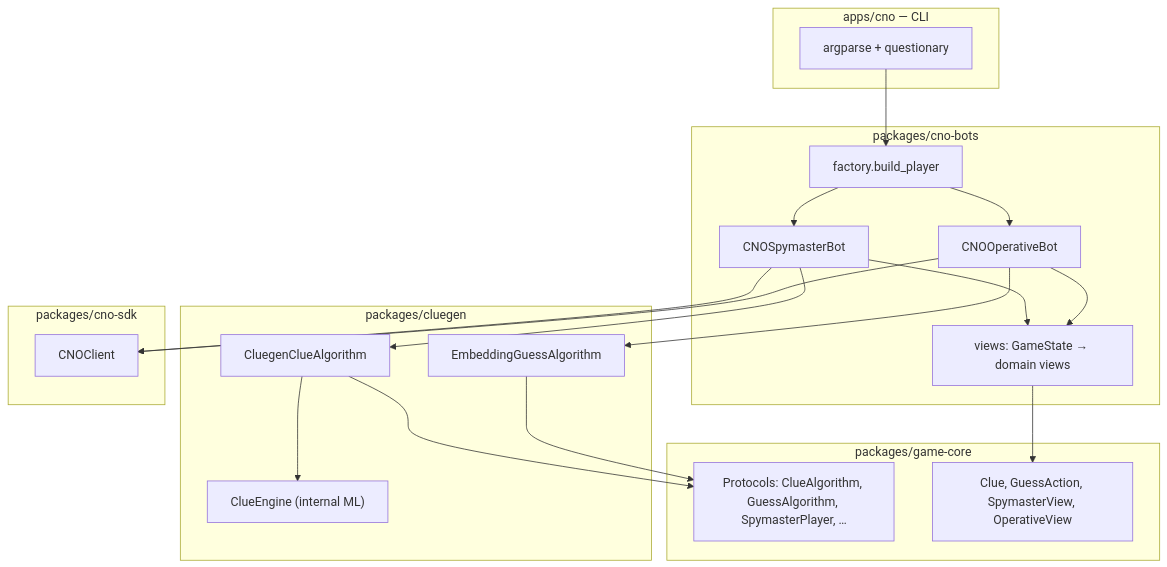
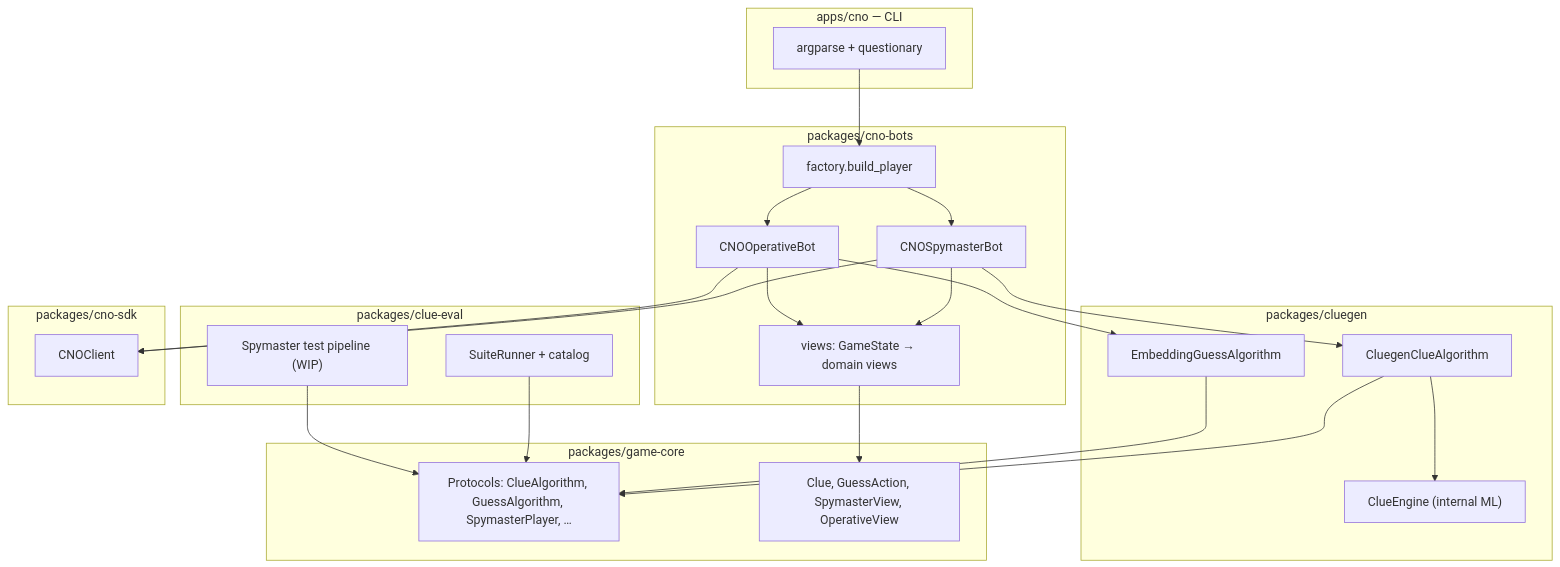
One commit to cmlees0617/codenames-ai changed the diagram in docs/architecture/overview.md. Above: the diagram before and after it, drawn with Mermaid. The commit also changed other lines of this file and 16 other files, not shown here.

````diff
--- a/docs/architecture/overview.md
+++ b/docs/architecture/overview.md
@@ -16,42 +20,49 @@
 ```mermaid
 flowchart TB
   subgraph cli ["apps/cno — CLI"]
     CLI["argparse + questionary"]
   end
 
   subgraph bots ["packages/cno-bots"]
     Factory["factory.build_player"]
     SMB["CNOSpymasterBot"]
     OPB["CNOOperativeBot"]
     Views["views: GameState → domain views"]
   end
 
   subgraph domain ["packages/game-core"]
     Proto["Protocols: ClueAlgorithm, GuessAlgorithm, SpymasterPlayer, …"]
     Types["Clue, GuessAction, SpymasterView, OperativeView"]
   end
 
   subgraph algo ["packages/cluegen"]
     CA["CluegenClueAlgorithm"]
     GA["EmbeddingGuessAlgorithm"]
     CE["ClueEngine (internal ML)"]
   end
 
+  subgraph eval ["packages/clue-eval"]
+    SR["SuiteRunner + catalog"]
+    SIM["Spymaster test pipeline (WIP)"]
+  end
+
   subgraph wire ["packages/cno-sdk"]
     Client["CNOClient"]
   end
 
   CLI --> Factory
   Factory --> SMB
   Factory --> OPB
   SMB --> Views
   OPB --> Views
   SMB --> CA
   OPB --> GA
   CA --> Proto
   GA --> Proto
   CA --> CE
   SMB --> Client
   OPB --> Client
   Views --> Types
+  SR --> Proto
+  SIM --> Proto
 ```
````
